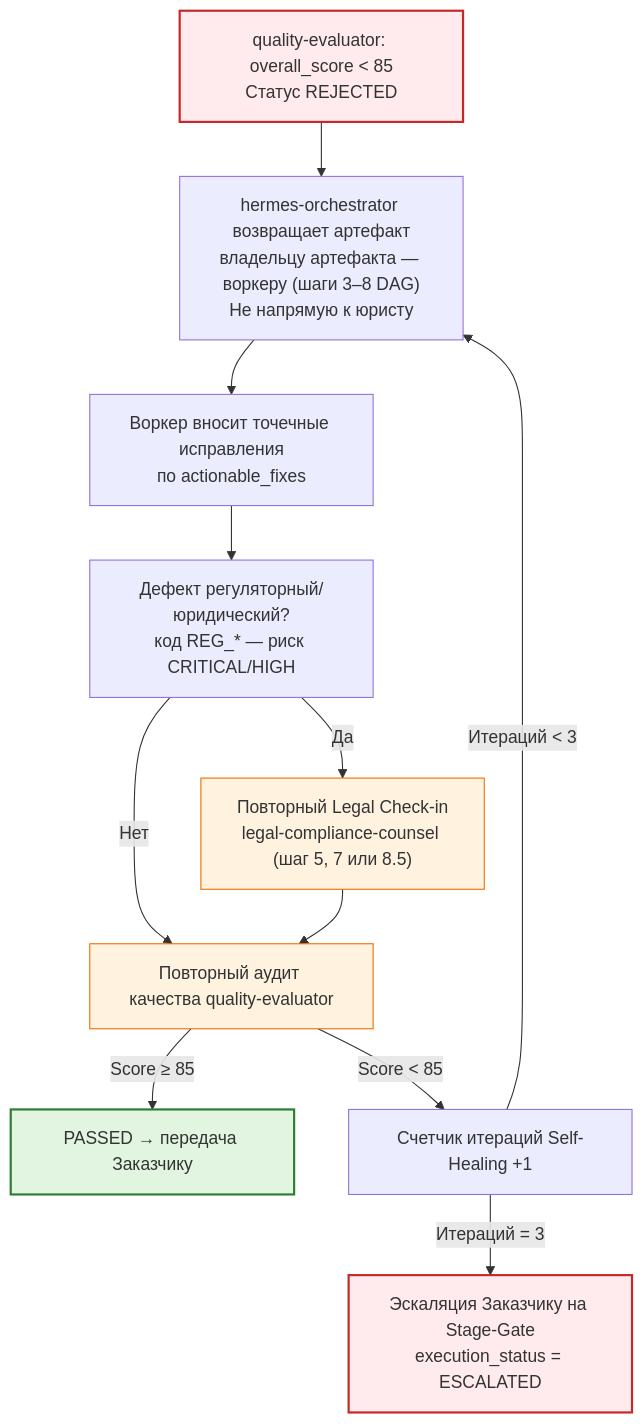
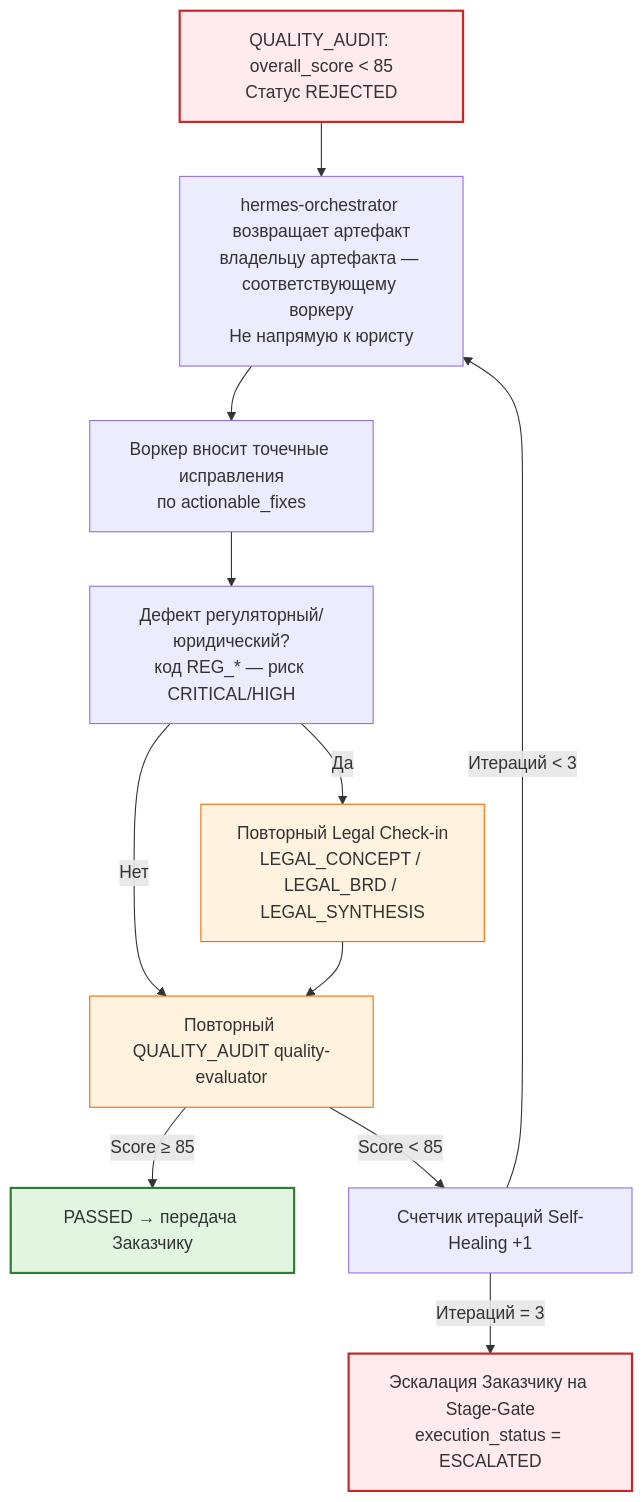
Before and after one commit to DenisZakharov2/hermes-protocol-team: the diagram in docs/diagrams/self-healing.mmd, drawn with Mermaid. The commit also changed 13 other files, not shown here.

```diff
--- a/docs/diagrams/self-healing.mmd
+++ b/docs/diagrams/self-healing.mmd
@@ -1,27 +1,27 @@
 %% Цикл Self-Healing (самовосстановления) Hermes Protocol
 
 flowchart TD
-    A["quality-evaluator: overall_score < 85<br/>Статус REJECTED"]
+    A["QUALITY_AUDIT: overall_score < 85<br/>Статус REJECTED"]
 
-    A --> B["hermes-orchestrator возвращает артефакт<br/>владельцу артефакта — воркеру (шаги 3–8 DAG)<br/>Не напрямую к юристу"]
+    A --> B["hermes-orchestrator возвращает артефакт<br/>владельцу артефакта — соответствующему воркеру<br/>Не напрямую к юристу"]
 
     B --> C[Воркер вносит точечные исправления<br/>по actionable_fixes]
 
     C --> D[Дефект регуляторный/юридический?<br/>код REG_* — риск CRITICAL/HIGH]
 
-    D -->|Нет| E[Повторный аудит качества quality-evaluator]
-    D -->|Да| F["Повторный Legal Check-in<br/>legal-compliance-counsel (шаг 5, 7 или 8.5)"]
+    D -->|Нет| E[Повторный QUALITY_AUDIT quality-evaluator]
+    D -->|Да| F["Повторный Legal Check-in<br/>LEGAL_CONCEPT / LEGAL_BRD / LEGAL_SYNTHESIS"]
 
     F --> E
 
     E -->|Score ≥ 85| G[PASSED → передача Заказчику]
     E -->|Score < 85| H[Счетчик итераций Self-Healing +1]
 
     H -->|Итераций < 3| B
-    H -->|Итераций = 3| I[Эскаляция Заказчику на Stage-Gate<br/>execution_status = ESCALATED]
+    H -->|Итераций = 3| I[Эскалация Заказчику на Stage-Gate<br/>execution_status = ESCALATED]
 
     style A fill:#ffebee,stroke:#c62828,stroke-width:2px
     style E fill:#fff3e0,stroke:#ef6c00
     style F fill:#fff3e0,stroke:#ef6c00
     style G fill:#e1f5e1,stroke:#2e7d32,stroke-width:2px
     style I fill:#ffebee,stroke:#c62828,stroke-width:2px
```
